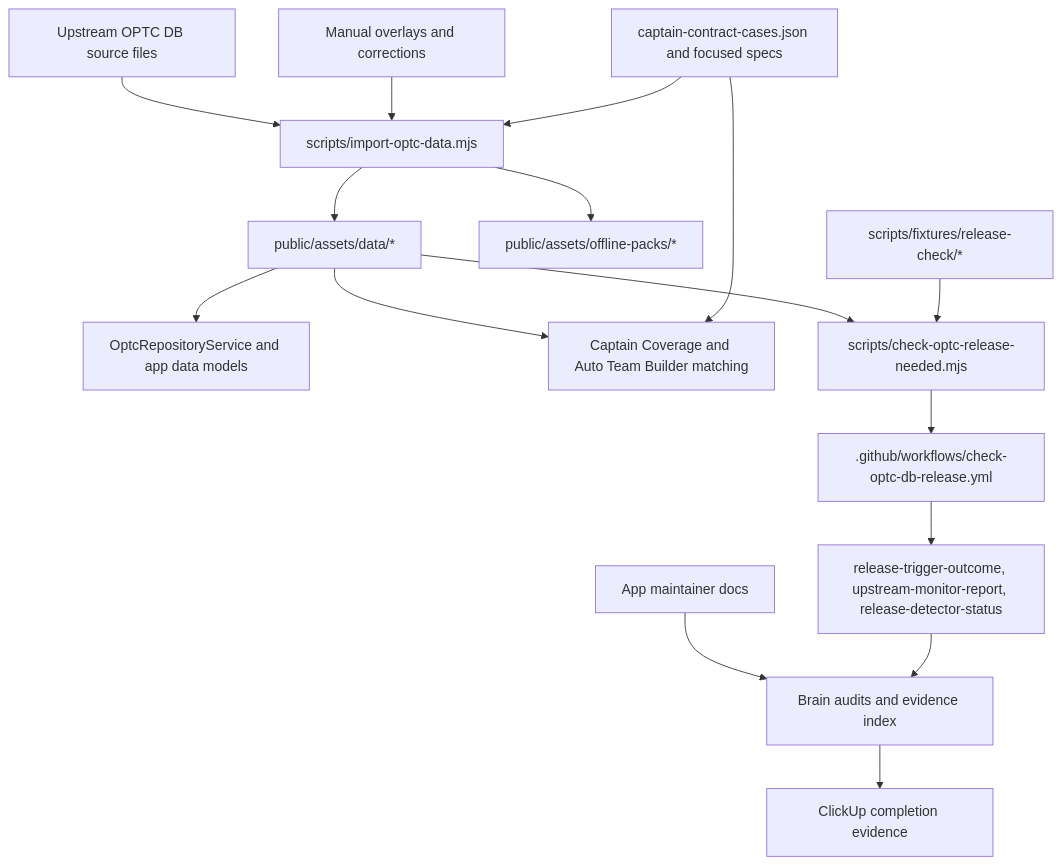
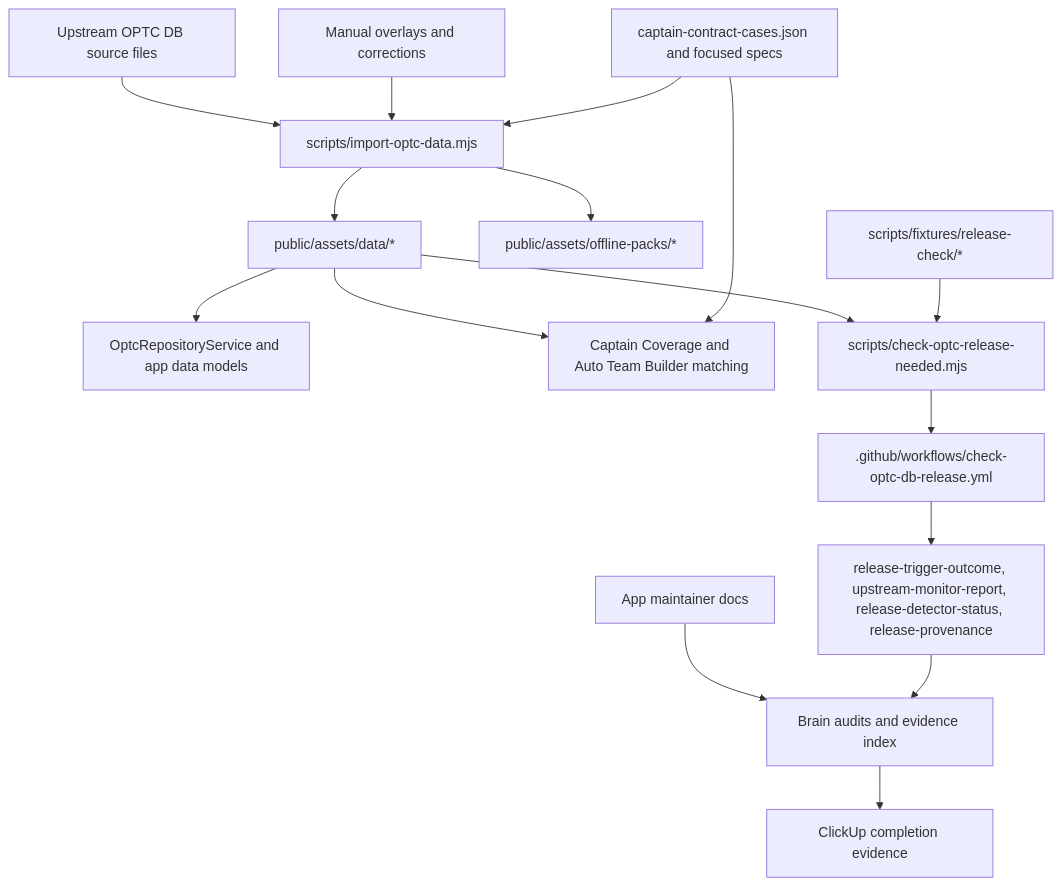
Before and after one commit to JohnChourp/optc-team-builder: the diagram in docs/cross-repo-architecture-map.md, drawn with Mermaid. The commit also changed other lines of this file and 23 other files, not shown here.

Commit message:
Verify Android release provenance

````diff
--- a/docs/cross-repo-architecture-map.md
+++ b/docs/cross-repo-architecture-map.md
@@ -10,18 +10,18 @@
 ```mermaid
 flowchart TD
   upstream["Upstream OPTC DB source files"] --> importer["scripts/import-optc-data.mjs"]
   manual["Manual overlays and corrections"] --> importer
   importer --> dataset["public/assets/data/*"]
   importer --> packs["public/assets/offline-packs/*"]
   dataset --> repository["OptcRepositoryService and app data models"]
   dataset --> captain["Captain Coverage and Auto Team Builder matching"]
   contracts["captain-contract-cases.json and focused specs"] --> importer
   contracts --> captain
   dataset --> detector["scripts/check-optc-release-needed.mjs"]
   fixtures["scripts/fixtures/release-check/*"] --> detector
   detector --> workflow[".github/workflows/check-optc-db-release.yml"]
-  workflow --> artifacts["release-trigger-outcome, upstream-monitor-report, release-detector-status"]
+  workflow --> artifacts["release-trigger-outcome, upstream-monitor-report, release-detector-status, release-provenance"]
   appDocs["App maintainer docs"] --> brainAudit["Brain audits and evidence index"]
   artifacts --> brainAudit
   brainAudit --> clickup["ClickUp completion evidence"]
 ```
````
